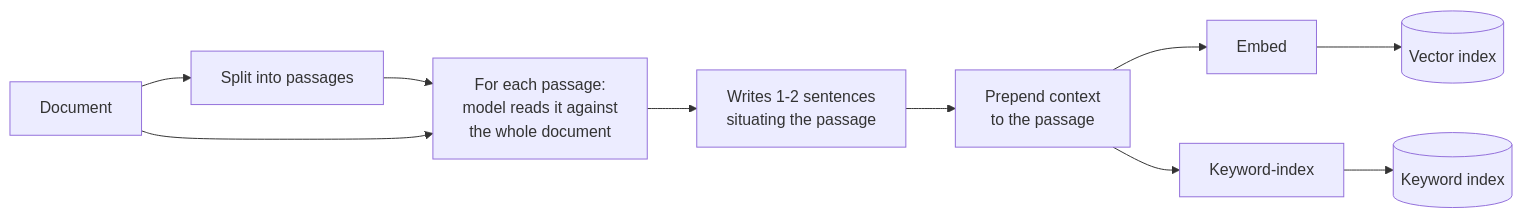
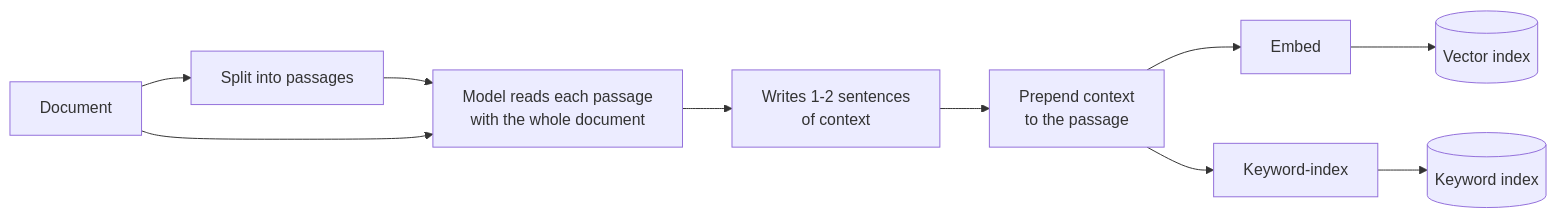
The first of 2 diagrams in app/demos/rag/contextual/README.md (jjaaxx44/genai-personal-lab-rag), drawn with Mermaid before and after one commit. The commit also changed other lines of this file and 32 other files, not shown here.

````diff
--- a/app/demos/rag/contextual/README.md
+++ b/app/demos/rag/contextual/README.md
@@ -19,12 +9,12 @@
 ```mermaid
 flowchart LR
   A["Document"] --> B["Split into passages"]
-  B --> C["For each passage:<br/>model reads it against<br/>the whole document"]
+  B --> C["Model reads each passage<br/>with the whole document"]
   A --> C
-  C --> D["Writes 1-2 sentences<br/>situating the passage"]
+  C --> D["Writes 1-2 sentences<br/>of context"]
   D --> E["Prepend context<br/>to the passage"]
   E --> F["Embed"]
   E --> G["Keyword-index"]
   F --> H[("Vector index")]
   G --> I[("Keyword index")]
 ```
````
